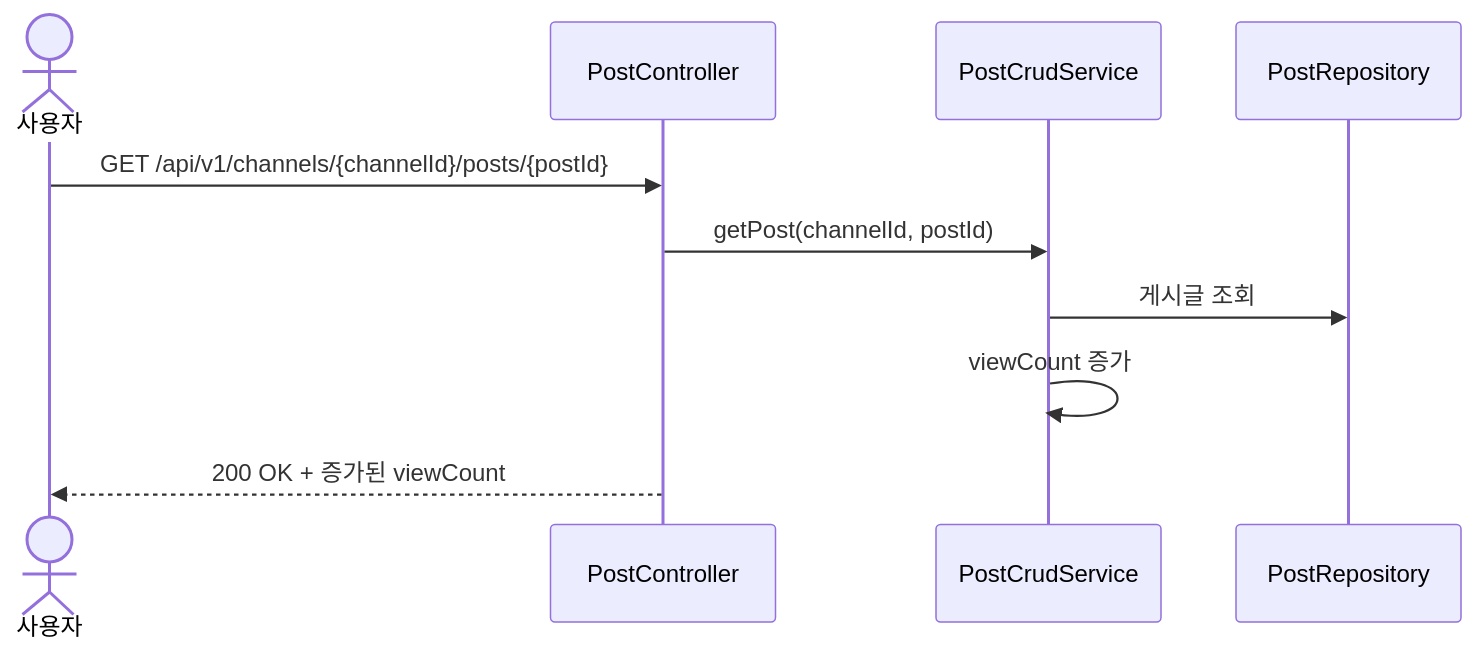
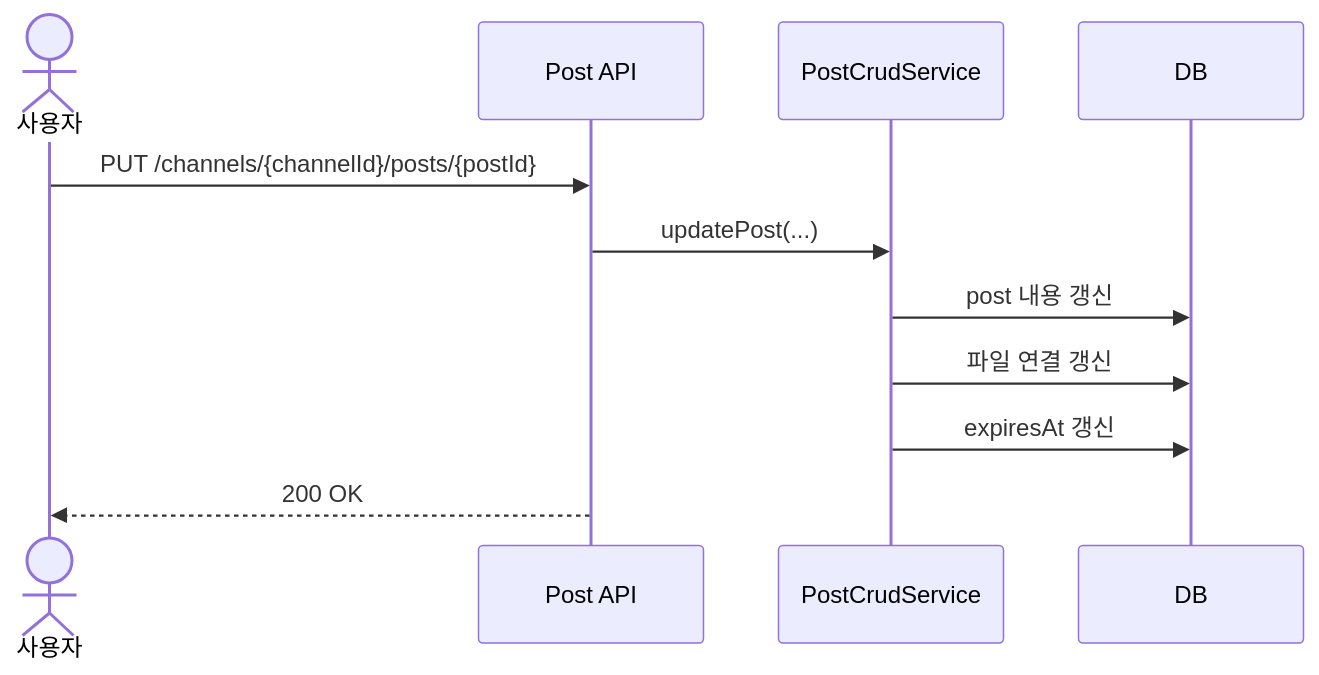
Before and after one commit to Geumjeongyahak/Backend: the second of 4 diagrams in docs/api/Posts.md, drawn with Mermaid. The commit also changed other lines of this file and 16 other files, not shown here.

First line of the commit message:
feat(channel, post, entity): post 엔티티 재설계 및 JPA 연동

````diff
--- a/docs/api/Posts.md
+++ b/docs/api/Posts.md
@@ -244,13 +268,14 @@
 ```mermaid
 sequenceDiagram
     actor User as 사용자
-    participant API as PostController
+    participant API as Post API
     participant Service as PostCrudService
-    participant DB as PostRepository
+    participant DB as DB
 
-    User->>API: GET /api/v1/channels/{channelId}/posts/{postId}
-    API->>Service: getPost(channelId, postId)
-    Service->>DB: 게시글 조회
-    Service->>Service: viewCount 증가
-    API-->>User: 200 OK + 증가된 viewCount
+    User->>API: PUT /channels/{channelId}/posts/{postId}
+    API->>Service: updatePost(...)
+    Service->>DB: post 내용 갱신
+    Service->>DB: 파일 연결 갱신
+    Service->>DB: expiresAt 갱신
+    API-->>User: 200 OK
 ```
````
